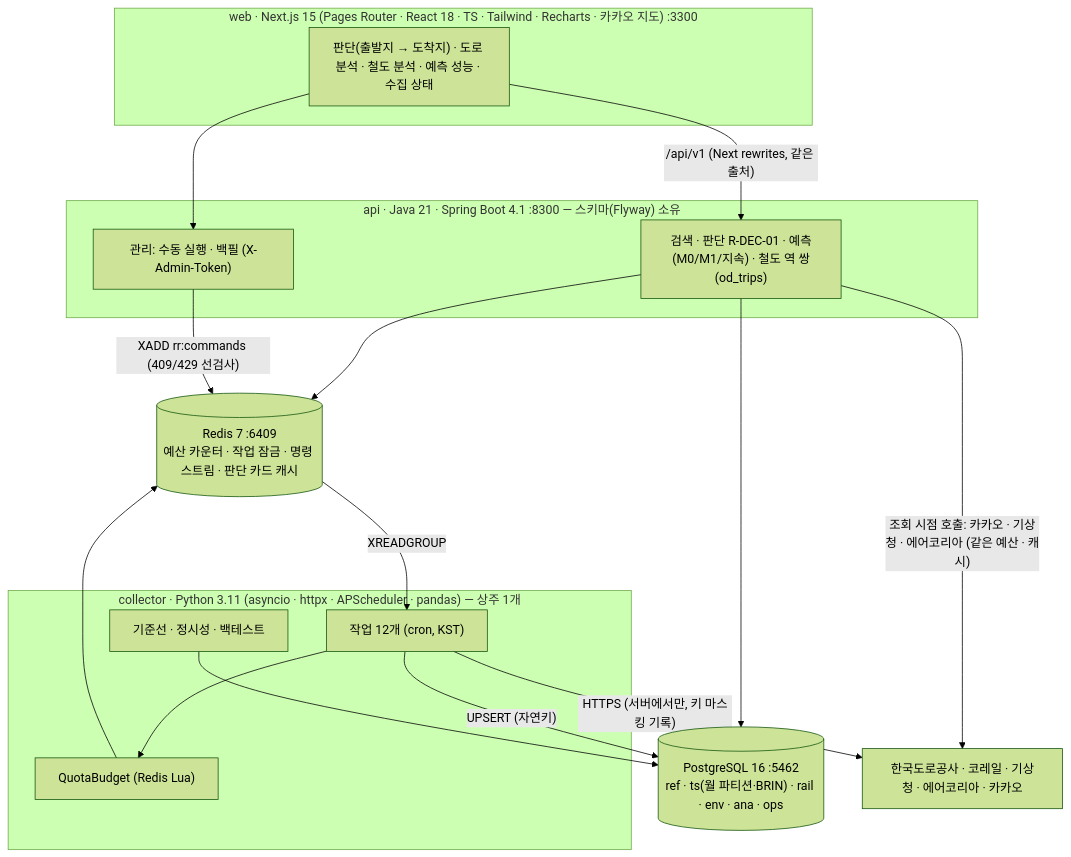
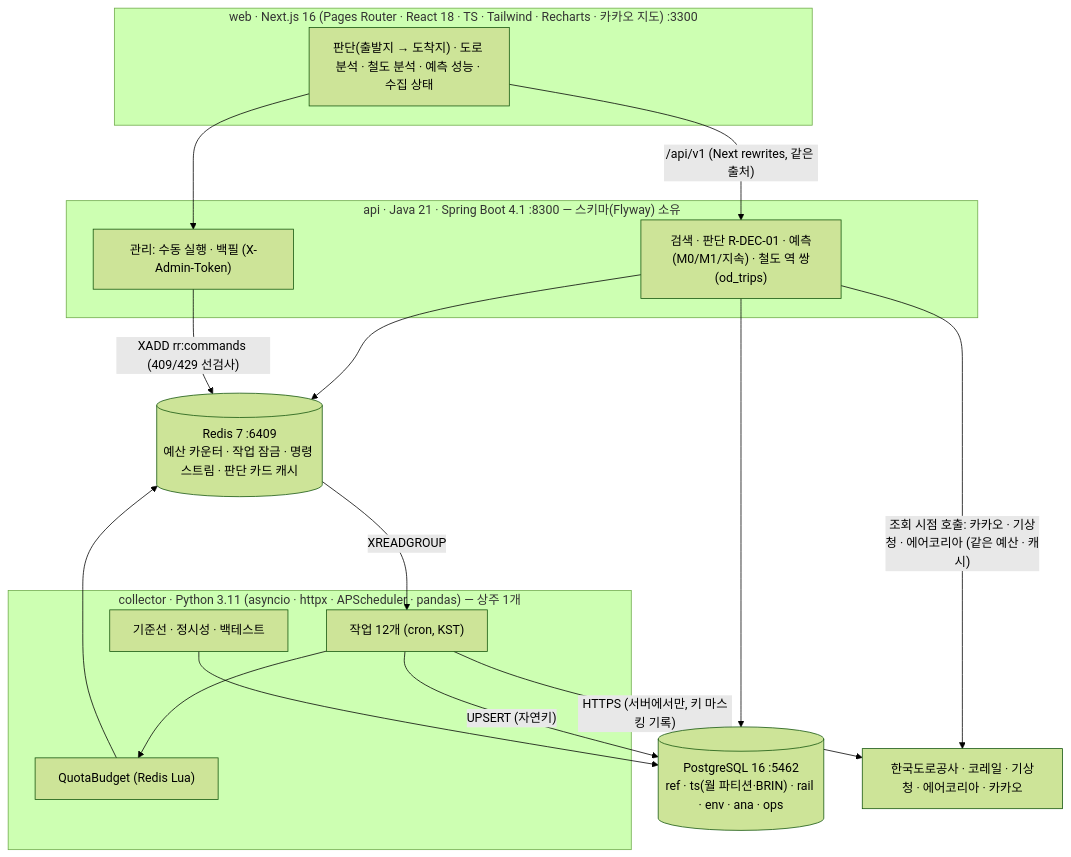
The first of 2 diagrams in README.md (Jinyoung-Kang/roadrail), drawn with Mermaid (forest theme) before and after one commit. The commit also changed other lines of this file and 1 other file, not shown here.

Commit message:
docs: Next.js 16 표기 — README · CI 작업 이름 (필수 검사는 ci passed 라 보호 설정 불변)

````diff
--- a/README.md
+++ b/README.md
@@ -96,30 +96,30 @@
 ```mermaid
 flowchart TB
-  subgraph web["web · Next.js 15 (Pages Router · React 18 · TS · Tailwind · Recharts · 카카오 지도) :3300"]
+  subgraph web["web · Next.js 16 (Pages Router · React 18 · TS · Tailwind · Recharts · 카카오 지도) :3300"]
     pages["판단(출발지 → 도착지) · 도로 분석 · 철도 분석 · 예측 성능 · 수집 상태"]
   end
   subgraph api["api · Java 21 · Spring Boot 4.1 :8300 — 스키마(Flyway) 소유"]
     q["검색 · 판단 R-DEC-01 · 예측(M0/M1/지속) · 철도 역 쌍(od_trips)"]
     adm["관리: 수동 실행 · 백필 (X-Admin-Token)"]
   end
   subgraph col["collector · Python 3.11 (asyncio · httpx · APScheduler · pandas) — 상주 1개"]
     jobs["작업 12개 (cron, KST)"]
     quota["QuotaBudget (Redis Lua)"]
     ana["기준선 · 정시성 · 백테스트"]
   end
   pg[("PostgreSQL 16 :5462<br/>ref · ts(월 파티션·BRIN) · rail · env · ana · ops")]
   rd[("Redis 7 :6409<br/>예산 카운터 · 작업 잠금 · 명령 스트림 · 판단 카드 캐시")]
   ext["한국도로공사 · 코레일 · 기상청 · 에어코리아 · 카카오"]
 
   pages -- "/api/v1 (Next rewrites, 같은 출처)" --> q
   pages --> adm
   q --> pg
   q --> rd
   adm -- "XADD rr:commands (409/429 선검사)" --> rd
   rd -- "XREADGROUP" --> jobs
   jobs --> quota --> rd
   jobs -- "HTTPS (서버에서만, 키 마스킹 기록)" --> ext
   q -- "조회 시점 호출: 카카오 · 기상청 · 에어코리아 (같은 예산 · 캐시)" --> ext
   jobs -- "UPSERT (자연키)" --> pg
   ana --> pg
 ```
````
